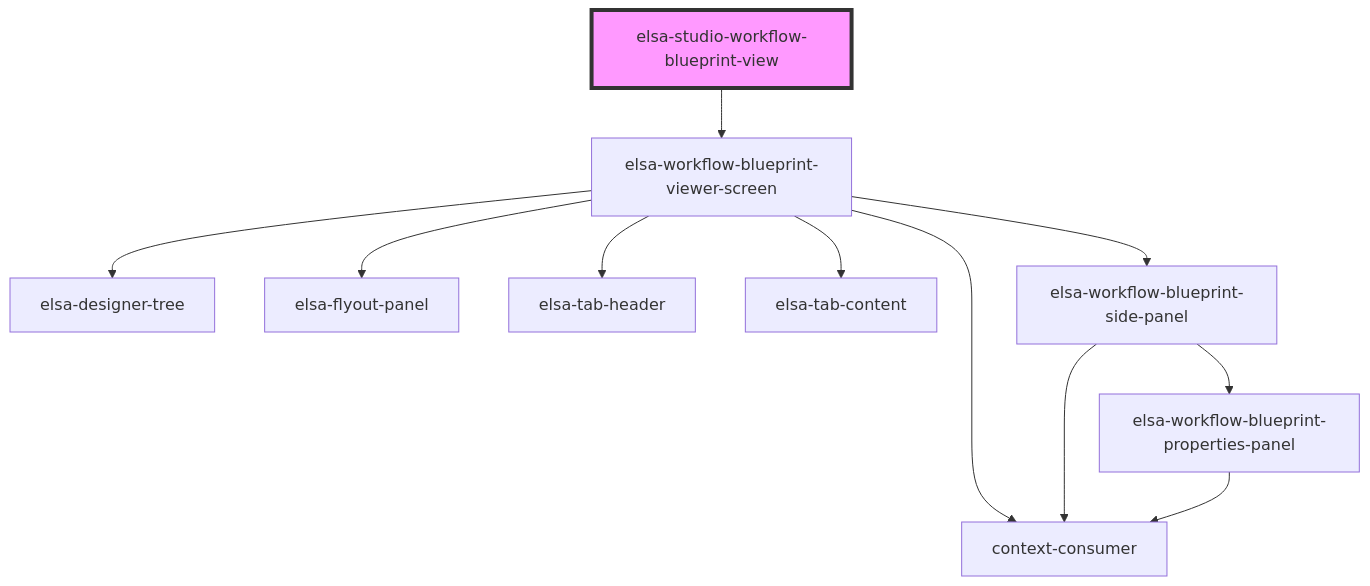
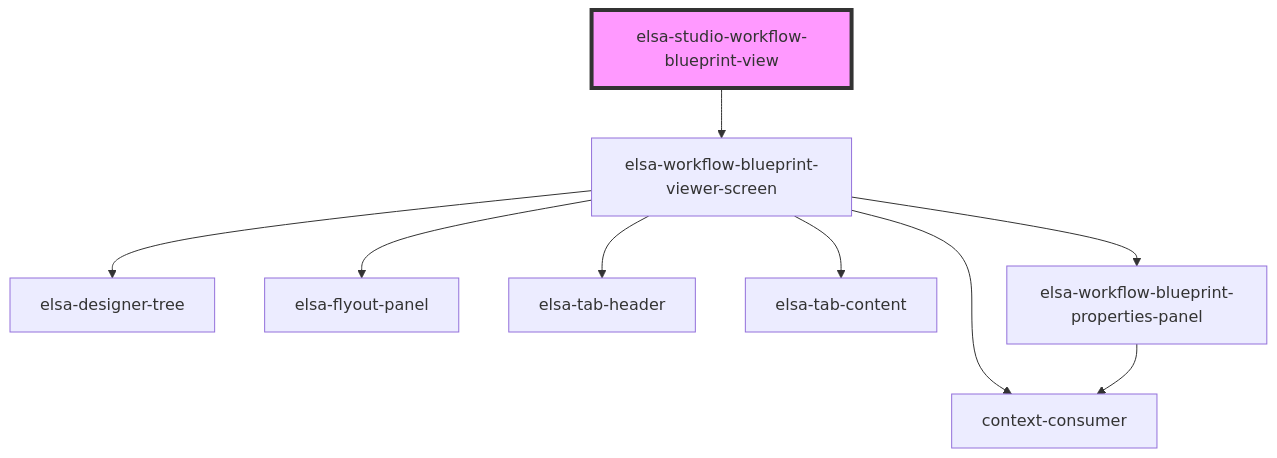
Before and after one commit to elsa-workflows/elsa-core: the diagram in src/designer/elsa-workflows-studio/src/components/dashboard/pages/elsa-studio-workflow-blueprint-view/readme.md, drawn with Mermaid. The commit also changed 18 other files, not shown here.

````diff
--- a/src/designer/elsa-workflows-studio/src/components/dashboard/pages/elsa-studio-workflow-blueprint-view/readme.md
+++ b/src/designer/elsa-workflows-studio/src/components/dashboard/pages/elsa-studio-workflow-blueprint-view/readme.md
@@ -22,14 +22,12 @@
 ```mermaid
 graph TD;
   elsa-studio-workflow-blueprint-view --> elsa-workflow-blueprint-viewer-screen
   elsa-workflow-blueprint-viewer-screen --> elsa-designer-tree
   elsa-workflow-blueprint-viewer-screen --> elsa-flyout-panel
   elsa-workflow-blueprint-viewer-screen --> elsa-tab-header
   elsa-workflow-blueprint-viewer-screen --> elsa-tab-content
-  elsa-workflow-blueprint-viewer-screen --> elsa-workflow-blueprint-side-panel
+  elsa-workflow-blueprint-viewer-screen --> elsa-workflow-blueprint-properties-panel
   elsa-workflow-blueprint-viewer-screen --> context-consumer
-  elsa-workflow-blueprint-side-panel --> elsa-workflow-blueprint-properties-panel
-  elsa-workflow-blueprint-side-panel --> context-consumer
   elsa-workflow-blueprint-properties-panel --> context-consumer
   style elsa-studio-workflow-blueprint-view fill:#f9f,stroke:#333,stroke-width:4px
 ```
````
